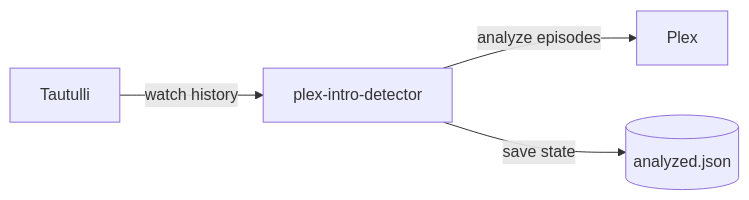
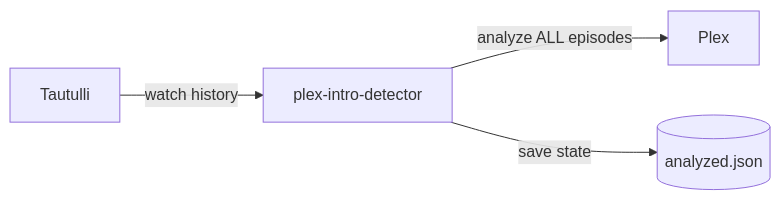
The diagram in README.md (jangerhard/plex-intro-detector), drawn with Mermaid before and after one commit. The commit also changed other lines of this file, not shown here.

````diff
--- a/README.md
+++ b/README.md
@@ -101,6 +53,6 @@
 ```mermaid
 flowchart LR
     T[Tautulli] -->|watch history| P[plex-intro-detector]
-    P -->|analyze episodes| X[Plex]
+    P -->|analyze ALL episodes| X[Plex]
     P -->|save state| S[(analyzed.json)]
 ```
````
